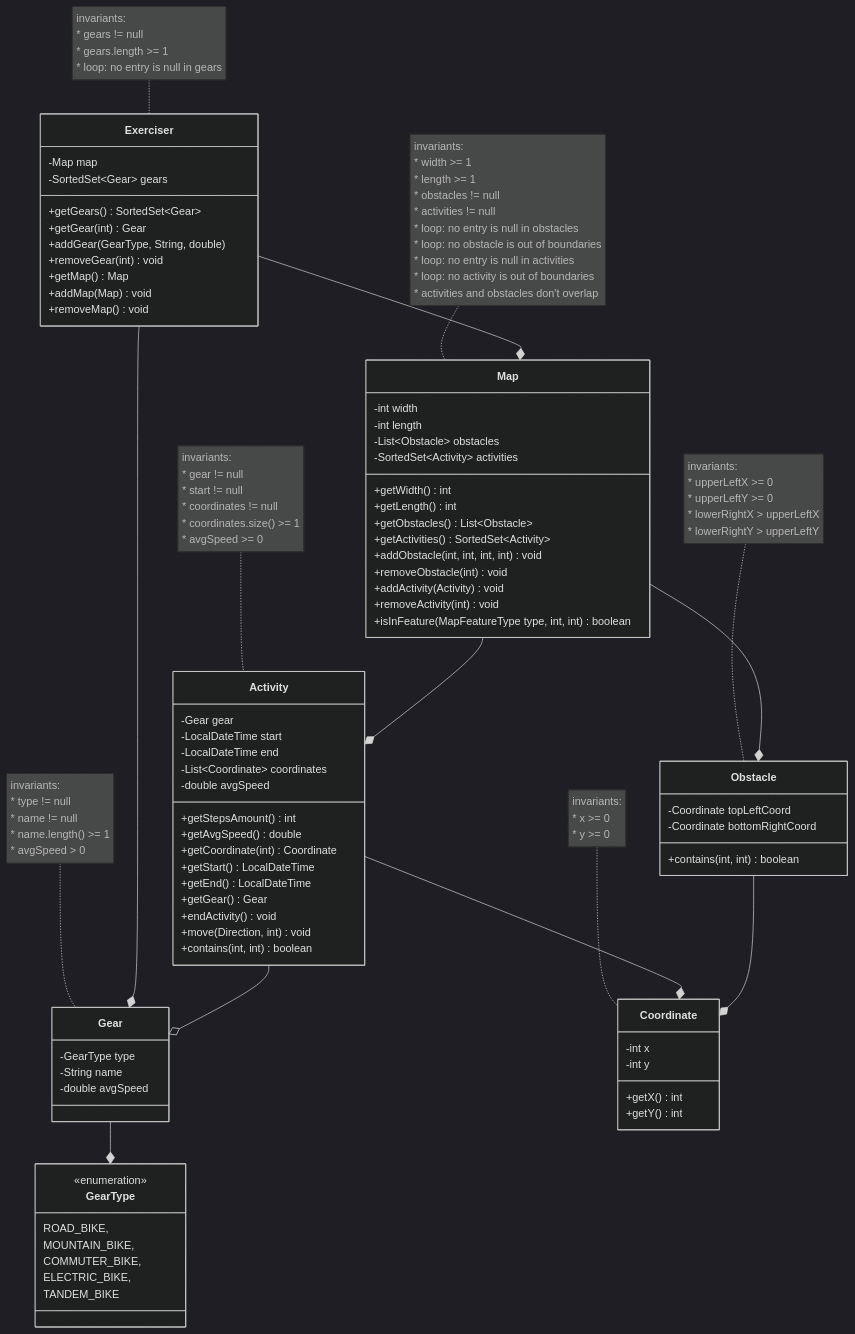
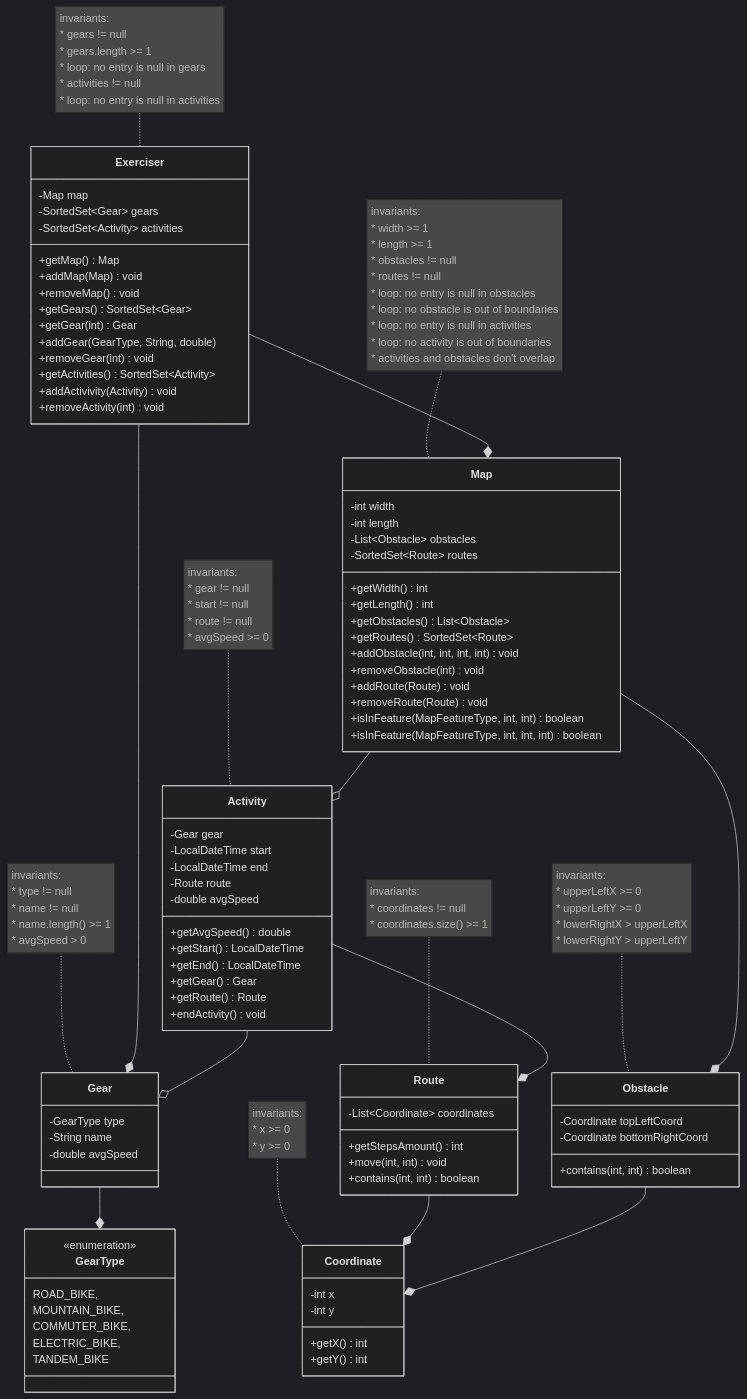
Before and after one commit to NarekVeranyan05/exercise_tracker: the diagram in README.md, drawn with Mermaid (dark theme). The commit also changed 9 other files, not shown here.

````diff
--- a/README.md
+++ b/README.md
@@ -42,24 +42,30 @@
     class Exerciser {
         -Map map
         -SortedSet~Gear~ gears
+        -SortedSet~Activity~ activities
         
+        +getMap() Map
+        +addMap(Map) void
+        +removeMap() void
         +getGears() SortedSet~Gear~
         +getGear(int) Gear
         +addGear(GearType, String, double)
         +removeGear(int) void
-        +getMap() Map
-        +addMap(Map) void
-        +removeMap() void
+        +getActivities() SortedSet~Activity~
+        +addActivivity(Activity) void
+        +removeActivity(int) void
     }
     
     note for Exerciser"invariants:
         * gears != null
         * gears.length >= 1
         * loop: no entry is null in gears
-    "
-
+        * activities != null
+        * loop: no entry is null in activities"
+    
     Exerciser --* Gear
     Exerciser --* Map
+%%    Exerciser --* Activity
     
     class Gear {
         -GearType type
@@ -71,8 +77,7 @@
         * type != null
         * name != null
         * name.length() >= 1
-        * avgSpeed > 0
-    "
+        * avgSpeed > 0"
     
     Gear --* GearType
     
@@ -84,65 +89,76 @@
         ELECTRIC_BIKE,
         TANDEM_BIKE
     }
-
+    
     class Map {
         -int width
         -int length
         -List~Obstacle~ obstacles
-        -SortedSet~Activity~ activities
-
+        -SortedSet~Route~ routes
+        
         +getWidth() int
         +getLength() int
         +getObstacles() List~Obstacle~
-        +getActivities() SortedSet~Activity~
+        +getRoutes() SortedSet~Route~
         +addObstacle(int, int, int, int) void
         +removeObstacle(int) void
-        +addActivity(Activity) void
-        +removeActivity(int) void
-        +isInFeature(MapFeatureType type, int, int) boolean
+        +addRoute(Route) void
+        +removeRoute(Route) void
+        +isInFeature(MapFeatureType, int, int) boolean
+        +isInFeature(MapFeatureType, int, int, int) boolean
     }
-
+    
     note for Map"invariants:
         * width >= 1
         * length >= 1
         * obstacles != null
-        * activities != null
+        * routes != null
         * loop: no entry is null in obstacles
         * loop: no obstacle is out of boundaries
         * loop: no entry is null in activities
         * loop: no activity is out of boundaries
         * activities and obstacles don't overlap"
-
+    
     Map --* Obstacle
-    Map --* Activity
+    Map --o Activity
     
     class Activity{
         -Gear gear
         -LocalDateTime start
         -LocalDateTime end
-        -List~Coordinate~ coordinates
+        -Route route
         -double avgSpeed
         
-        +getStepsAmount() int
         +getAvgSpeed() double
-        +getCoordinate(int) Coordinate
         +getStart() LocalDateTime
         +getEnd() LocalDateTime
         +getGear() Gear
+        +getRoute() Route
         +endActivity() void
-        +move(Direction, int) void
-        +contains(int, int) boolean
     }
     
     note for Activity"invariants:
         * gear != null
         * start != null
+        * route != null
+        * avgSpeed >= 0"
+    
+    Activity --o Gear
+    Activity --* Route
+    
+    class Route {
+        -List~Coordinate~ coordinates
+        
+        +getStepsAmount() int
+        +move(int, int) void
+        +contains(int, int) boolean
+    }
+    
+    note for Route"invariants:
         * coordinates != null
-        * coordinates.size() >= 1
-        * avgSpeed >= 0"
-
-    Activity --o Gear
-    Activity --* Coordinate
+        * coordinates.size() >= 1"
+    
+    Route --* Coordinate
     
     class Obstacle {
         -Coordinate topLeftCoord
@@ -158,7 +174,7 @@
         * lowerRightY > upperLeftY"
     
     Obstacle --* Coordinate
-        
+    
     class Coordinate {
         -int x
         -int y
@@ -169,67 +185,66 @@
     
     note for Coordinate "invariants:
         * x >= 0
-        * y >= 0
-    "
+        * y >= 0"
     
-%%    class ExerciserPrinter{
-%%        -Exerciser exerciser
-%%        
-%%        +print() void
-%%    }
-%%    
-%%    note for ExerciserPrinter"invariants:
-%%        * exerciser != null
-%%    "
-%%    
-%%    ExerciserPrinter --o Exerciser
-%%    
-%%    class GearPrinter {
-%%        -Gear gear
-%%        
-%%        +print() void
-%%    }
-%%    
-%%    note for GearPrinter"invariants:
-%%        * gear != null
-%%    "
-%%    
-%%    GearPrinter --o Gear
-%%
-%%    class MapPrinter {
-%%        -Map map
-%%        
-%%        printMap() void
-%%        printMap(int) void
-%%    }
-%%    
-%%    note for MapPrinter"invariants:
-%%        * map != null
-%%    "
-%%    
-%%    MapPrinter --o Map
-%%    
-%%    class ActivityPrinter {
-%%        -Activity activity
-%%        
-%%        print() void
-%%    }
-%%    
-%%    note for ActivityPrinter"invariants:
-%%        * activity != null
-%%    "
-%%
-%%    class ObstaclePrinter {
-%%        -Obstacle obstacle
-%%
-%%        +print() void
-%%    }
-%%
-%%    note for ObstaclePrinter"invariants:
-%%        * obstacles != null
-%%    "
-%%
-%%    ObstaclePrinter --o Obstacle
-%%    
-%%    ActivityPrinter --o Activity
+    %%    class ExerciserPrinter{
+    %%        -Exerciser exerciser
+    %%        
+    %%        +print() void
+    %%    }
+    %%    
+    %%    note for ExerciserPrinter"invariants:
+    %%        * exerciser != null
+    %%    "
+    %%    
+    %%    ExerciserPrinter --o Exerciser
+    %%    
+    %%    class GearPrinter {
+    %%        -Gear gear
+    %%        
+    %%        +print() void
+    %%    }
+    %%    
+    %%    note for GearPrinter"invariants:
+    %%        * gear != null
+    %%    "
+    %%    
+    %%    GearPrinter --o Gear
+    %%
+    %%    class MapPrinter {
+    %%        -Map map
+    %%        
+    %%        printMap() void
+    %%        printMap(int) void
+    %%    }
+    %%    
+    %%    note for MapPrinter"invariants:
+    %%        * map != null
+    %%    "
+    %%    
+    %%    MapPrinter --o Map
+    %%    
+    %%    class ActivityPrinter {
+    %%        -Activity activity
+    %%        
+    %%        print() void
+    %%    }
+    %%    
+    %%    note for ActivityPrinter"invariants:
+    %%        * activity != null
+    %%    "
+    %%
+    %%    class ObstaclePrinter {
+    %%        -Obstacle obstacle
+    %%
+    %%        +print() void
+    %%    }
+    %%
+    %%    note for ObstaclePrinter"invariants:
+    %%        * obstacles != null
+    %%    "
+    %%
+    %%    ObstaclePrinter --o Obstacle
+    %%    
+    %%    ActivityPrinter --o Activity  
 ```
````
